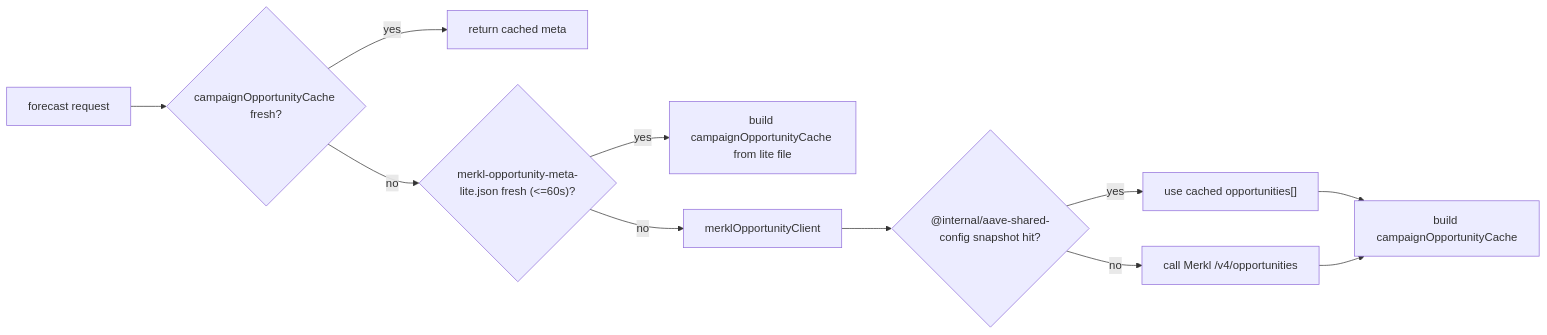
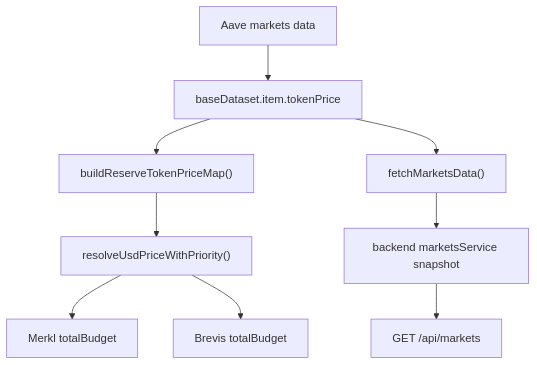
The fifth of 5 diagrams in docs/merkl-merit-cache-architecture.md (0xPabloLI/aave-protocol-analysis), drawn with Mermaid before and after one commit. The commit also changed other lines of this file and 352 other files, not shown here.

````diff
--- a/docs/merkl-merit-cache-architecture.md
+++ b/docs/merkl-merit-cache-architecture.md
@@ -384,13 +166,11 @@
 ```mermaid
-flowchart LR
-  A["forecast request"] --> B{"campaignOpportunityCache fresh?"}
-  B -- yes --> Z["return cached meta"]
-  B -- no --> C{"merkl-opportunity-meta-lite.json fresh (<=60s)?"}
-  C -- yes --> D["build campaignOpportunityCache from lite file"]
-  C -- no --> E["merklOpportunityClient"]
-  E --> F{"@internal/aave-shared-config snapshot hit?"}
-  F -- yes --> G["use cached opportunities[]"]
-  F -- no --> H["call Merkl /v4/opportunities"]
-  G --> I["build campaignOpportunityCache"]
-  H --> I
+flowchart TD
+  A["Aave markets data"] --> B["baseDataset.item.tokenPrice"]
+  B --> C["buildReserveTokenPriceMap()"]
+  C --> D["resolveUsdPriceWithPriority()"]
+  D --> E["Merkl totalBudget"]
+  D --> F["Brevis totalBudget"]
+  B --> G["fetchMarketsData()"]
+  G --> H["backend marketsService snapshot"]
+  H --> I["GET /api/markets"]
 ```
````
